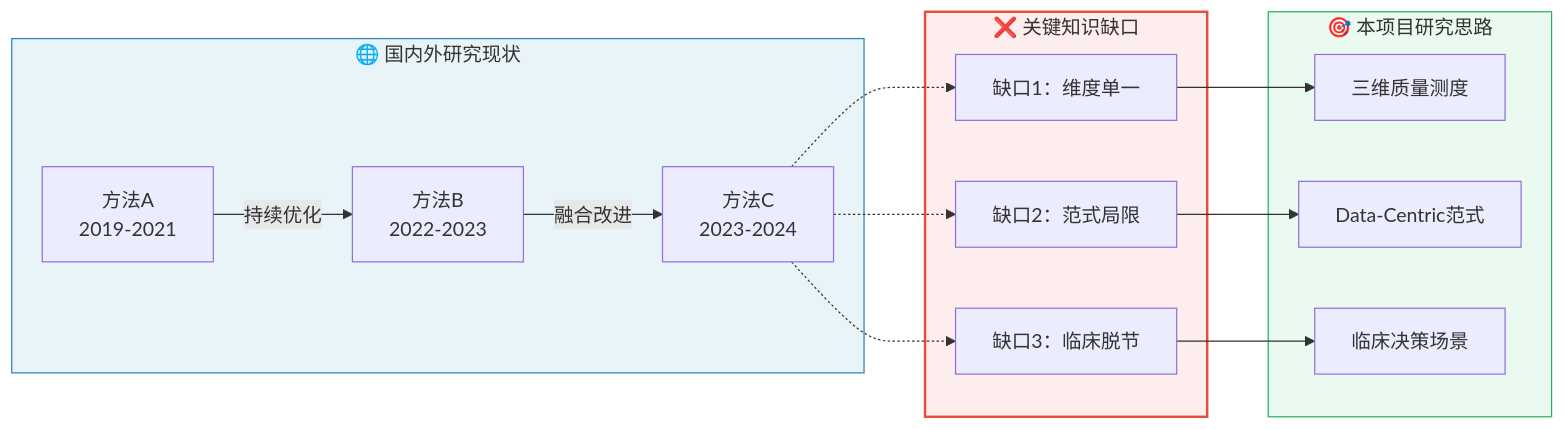
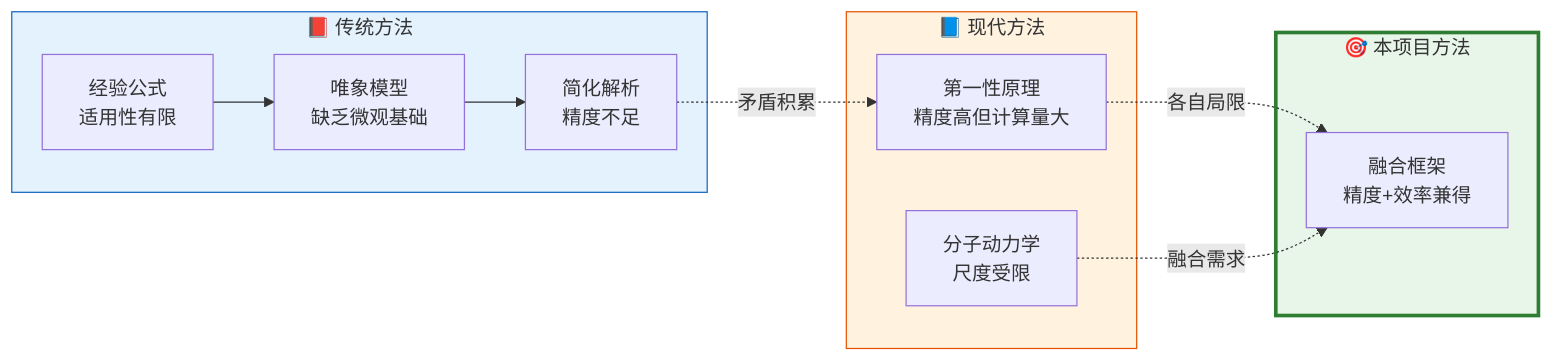
One commit to copyleftz/nsfc-rationale changed the second of 4 diagrams in SKILL.md. Above: the diagram before and after it, drawn with Mermaid. The commit also changed other lines of this file, not shown here.

````diff
--- a/SKILL.md
+++ b/SKILL.md
@@ -166,31 +276,24 @@
 ```mermaid
 flowchart LR
-    subgraph 国际前沿["🌐 国内外研究现状"]
-        I1["方法A<br/>2019-2021"] -->|持续优化| I2["方法B<br/>2022-2023"]
-        I2 -->|融合改进| I3["方法C<br/>2023-2024"]
+    subgraph 历史方法["📕 传统方法"]
+        H1["经验公式<br/>适用性有限"] --> H2["唯象模型<br/>缺乏微观基础"]
+        H2 --> H3["简化解析<br/>精度不足"]
     end
     
-    subgraph 缺口["❌ 关键知识缺口"]
-        G1["缺口1：维度单一"]
-        G2["缺口2：范式局限"]
-        G3["缺口3：临床脱节"]
+    subgraph 现代方法["📘 现代方法"]
+        M1["第一性原理<br/>精度高但计算量大"]
+        M2["分子动力学<br/>尺度受限"]
     end
     
-    subgraph 本项目["🎯 本项目研究思路"]
-        P1["三维质量测度"]
-        P2["Data-Centric范式"]
-        P3["临床决策场景"]
+    subgraph 本项目["🎯 本项目方法"]
+        P1["融合框架<br/>精度+效率兼得"]
     end
     
-    I3 -.-> G1
-    I3 -.-> G2
-    I3 -.-> G3
+    H3 -.->|"矛盾积累"| M1
+    M1 -.->|"各自局限"| P1
+    M2 -.->|"融合需求"| P1
     
-    G1 --> P1
-    G2 --> P2
-    G3 --> P3
-    
-    style 国际前沿 fill:#e8f4f8,stroke:#2980b9
-    style 缺口 fill:#fdedec,stroke:#e74c3c,stroke-width:2px
-    style 本项目 fill:#eafaf1,stroke:#27ae60
+    style 历史方法 fill:#e3f2fd,stroke:#1565c0
+    style 现代方法 fill:#fff3e0,stroke:#e65100
+    style 本项目 fill:#e8f5e9,stroke:#2e7d32,stroke-width:3px
 ```
````
